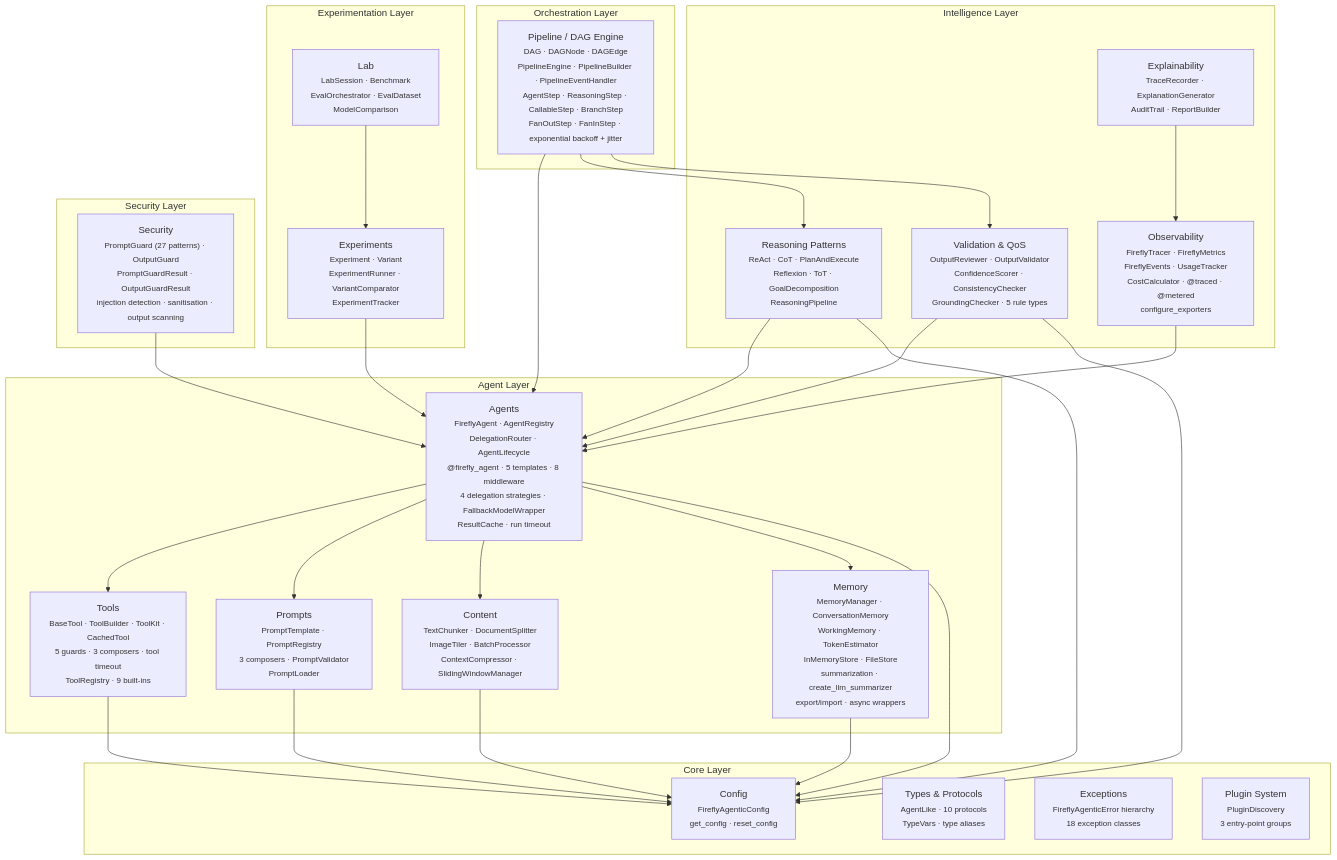
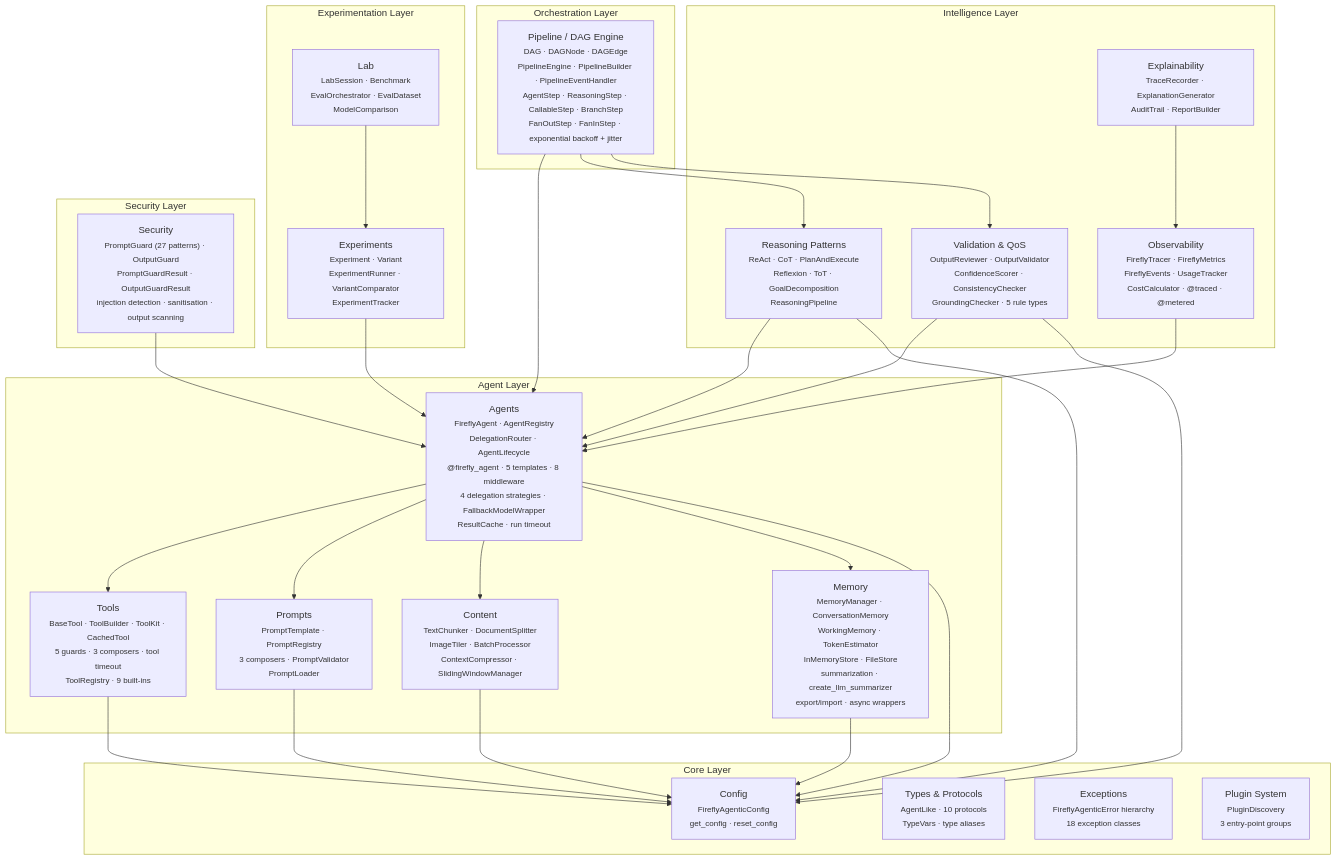
Before and after one commit to fireflyframework/fireflyframework-agentic: the first of 7 diagrams in docs/architecture.md, drawn with Mermaid. The commit also changed 15 other files, not shown here.

````diff
--- a/docs/architecture.md
+++ b/docs/architecture.md
@@ -33,59 +33,59 @@
 ```mermaid
 graph TD
     subgraph Orchestration Layer
         PIPE["Pipeline / DAG Engine<br/><small>DAG · DAGNode · DAGEdge<br/>PipelineEngine · PipelineBuilder · PipelineEventHandler<br/>AgentStep · ReasoningStep · CallableStep · BranchStep<br/>FanOutStep · FanInStep · exponential backoff + jitter</small>"]
     end
 
     subgraph Experimentation Layer
         EXP["Experiments<br/><small>Experiment · Variant<br/>ExperimentRunner · VariantComparator<br/>ExperimentTracker</small>"]
         LAB["Lab<br/><small>LabSession · Benchmark<br/>EvalOrchestrator · EvalDataset<br/>ModelComparison</small>"]
     end
 
     subgraph Intelligence Layer
         REASON["Reasoning Patterns<br/><small>ReAct · CoT · PlanAndExecute<br/>Reflexion · ToT · GoalDecomposition<br/>ReasoningPipeline</small>"]
         VAL["Validation & QoS<br/><small>OutputReviewer · OutputValidator<br/>ConfidenceScorer · ConsistencyChecker<br/>GroundingChecker · 5 rule types</small>"]
-        OBS["Observability<br/><small>FireflyTracer · FireflyMetrics<br/>FireflyEvents · UsageTracker<br/>CostCalculator · @traced · @metered<br/>configure_exporters</small>"]
+        OBS["Observability<br/><small>FireflyTracer · FireflyMetrics<br/>FireflyEvents · UsageTracker<br/>CostCalculator · @traced · @metered</small>"]
         EXPL["Explainability<br/><small>TraceRecorder · ExplanationGenerator<br/>AuditTrail · ReportBuilder</small>"]
     end
 
     subgraph Security Layer
         SEC["Security<br/><small>PromptGuard (27 patterns) · OutputGuard<br/>PromptGuardResult · OutputGuardResult<br/>injection detection · sanitisation · output scanning</small>"]
     end
 
     subgraph Agent Layer
         AGT["Agents<br/><small>FireflyAgent · AgentRegistry<br/>DelegationRouter · AgentLifecycle<br/>@firefly_agent · 5 templates · 8 middleware<br/>4 delegation strategies · FallbackModelWrapper<br/>ResultCache · run timeout</small>"]
         TOOLS["Tools<br/><small>BaseTool · ToolBuilder · ToolKit · CachedTool<br/>5 guards · 3 composers · tool timeout<br/>ToolRegistry · 9 built-ins</small>"]
         PROMPTS["Prompts<br/><small>PromptTemplate · PromptRegistry<br/>3 composers · PromptValidator<br/>PromptLoader</small>"]
         CONTENT["Content<br/><small>TextChunker · DocumentSplitter<br/>ImageTiler · BatchProcessor<br/>ContextCompressor · SlidingWindowManager</small>"]
         MEM["Memory<br/><small>MemoryManager · ConversationMemory<br/>WorkingMemory · TokenEstimator<br/>InMemoryStore · FileStore<br/>summarization · create_llm_summarizer<br/>export/import · async wrappers</small>"]
     end
 
     subgraph Core Layer
         CFG["Config<br/><small>FireflyAgenticConfig<br/>get_config · reset_config</small>"]
         TYPES["Types & Protocols<br/><small>AgentLike · 10 protocols<br/>TypeVars · type aliases</small>"]
         EXC["Exceptions<br/><small>FireflyAgenticError hierarchy<br/>18 exception classes</small>"]
         PLUG["Plugin System<br/><small>PluginDiscovery<br/>3 entry-point groups</small>"]
     end
 
     PIPE --> AGT
     PIPE --> REASON
     PIPE --> VAL
     SEC --> AGT
     LAB --> EXP
     EXP --> AGT
     REASON --> AGT
     OBS --> AGT
     EXPL --> OBS
     VAL --> AGT
     AGT --> TOOLS
     AGT --> PROMPTS
     AGT --> CONTENT
     AGT --> MEM
     AGT --> CFG
     TOOLS --> CFG
     PROMPTS --> CFG
     CONTENT --> CFG
     MEM --> CFG
     REASON --> CFG
     VAL --> CFG
 ```
````
